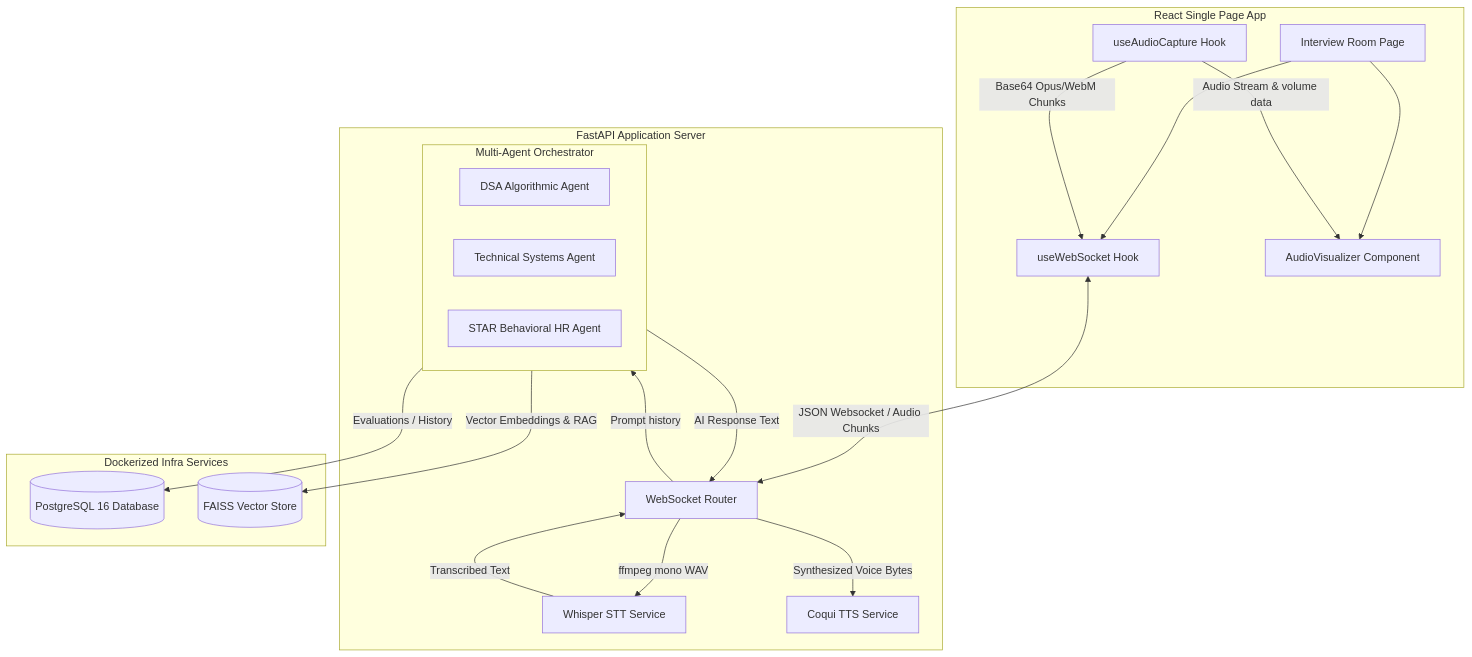
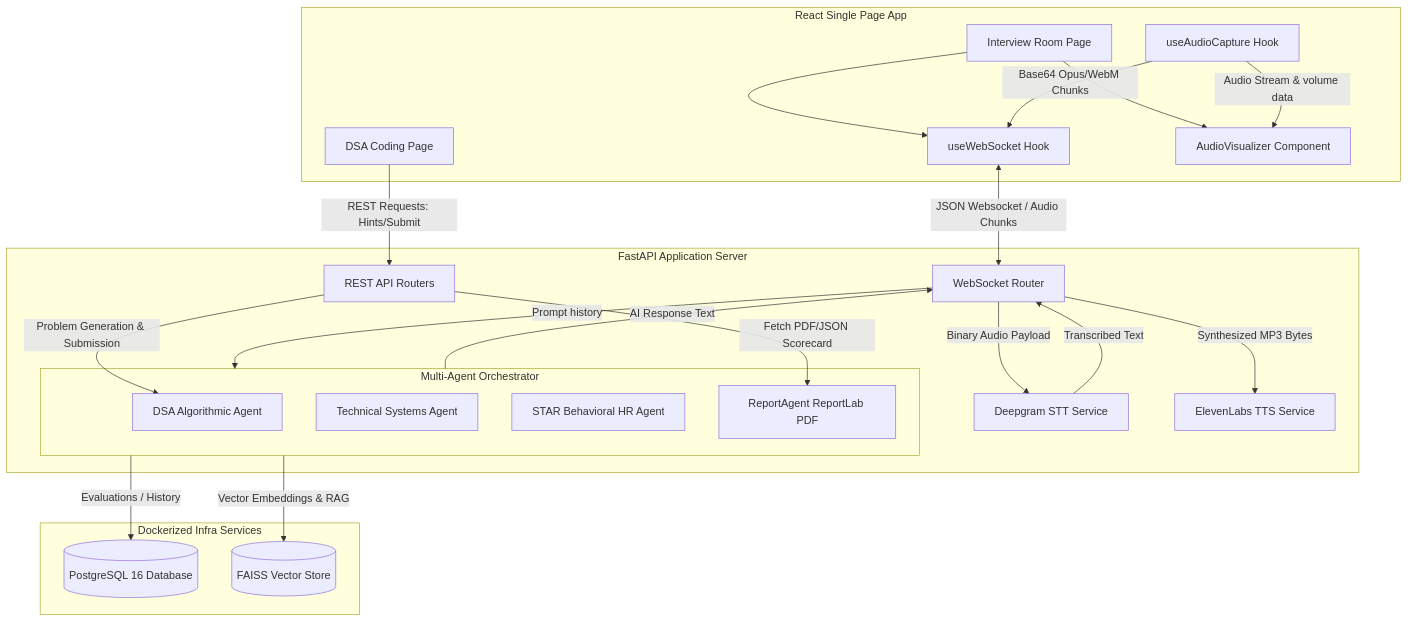
The first of 3 diagrams in README.md (VishalRathod21/Callback_Agent), drawn with Mermaid before and after one commit. The commit also changed other lines of this file and 53 other files, not shown here.

````diff
--- a/README.md
+++ b/README.md
@@ -27,46 +34,53 @@
 ```mermaid
 graph TD
     %% Frontend Components
     subgraph Frontend [React Single Page App]
         UI[Interview Room Page]
+        DSAP[DSA Coding Page]
         WH[useWebSocket Hook]
         AC[useAudioCapture Hook]
         AV[AudioVisualizer Component]
     end
 
     %% Gateway & Backend Services
     subgraph Backend [FastAPI Application Server]
         WSC[WebSocket Router]
-        STT[Whisper STT Service]
-        TTS[Coqui TTS Service]
+        REST[REST API Routers]
+        STT[Deepgram STT Service]
+        TTS[ElevenLabs TTS Service]
         
         %% Agents Layer
         subgraph Agents [Multi-Agent Orchestrator]
             DSA[DSA Algorithmic Agent]
             TECH[Technical Systems Agent]
             HR[STAR Behavioral HR Agent]
+            REP[ReportAgent ReportLab PDF]
         end
     end
 
     %% Database & External Storage
     subgraph Infrastructure [Dockerized Infra Services]
         PG[(PostgreSQL 16 Database)]
         FAISS[(FAISS Vector Store)]
     end
 
     %% Interactions
     UI --> WH
     UI --> AV
+    DSAP -->|REST Requests: Hints/Submit| REST
     AC -->|Audio Stream & volume data| AV
     AC -->|Base64 Opus/WebM Chunks| WH
     WH <-->|JSON Websocket / Audio Chunks| WSC
     
-    WSC -->|ffmpeg mono WAV| STT
+    WSC -->|Binary Audio Payload| STT
+    REST -->|Problem Generation & Submission| DSA
     WSC -->|Prompt history| Agents
     STT -->|Transcribed Text| WSC
     
     Agents -->|Evaluations / History| PG
     Agents -->|Vector Embeddings & RAG| FAISS
     Agents -->|AI Response Text| WSC
-    WSC -->|Synthesized Voice Bytes| TTS
+    WSC -->|Synthesized MP3 Bytes| TTS
+    
+    REST -->|Fetch PDF/JSON Scorecard| REP
 ```
````
